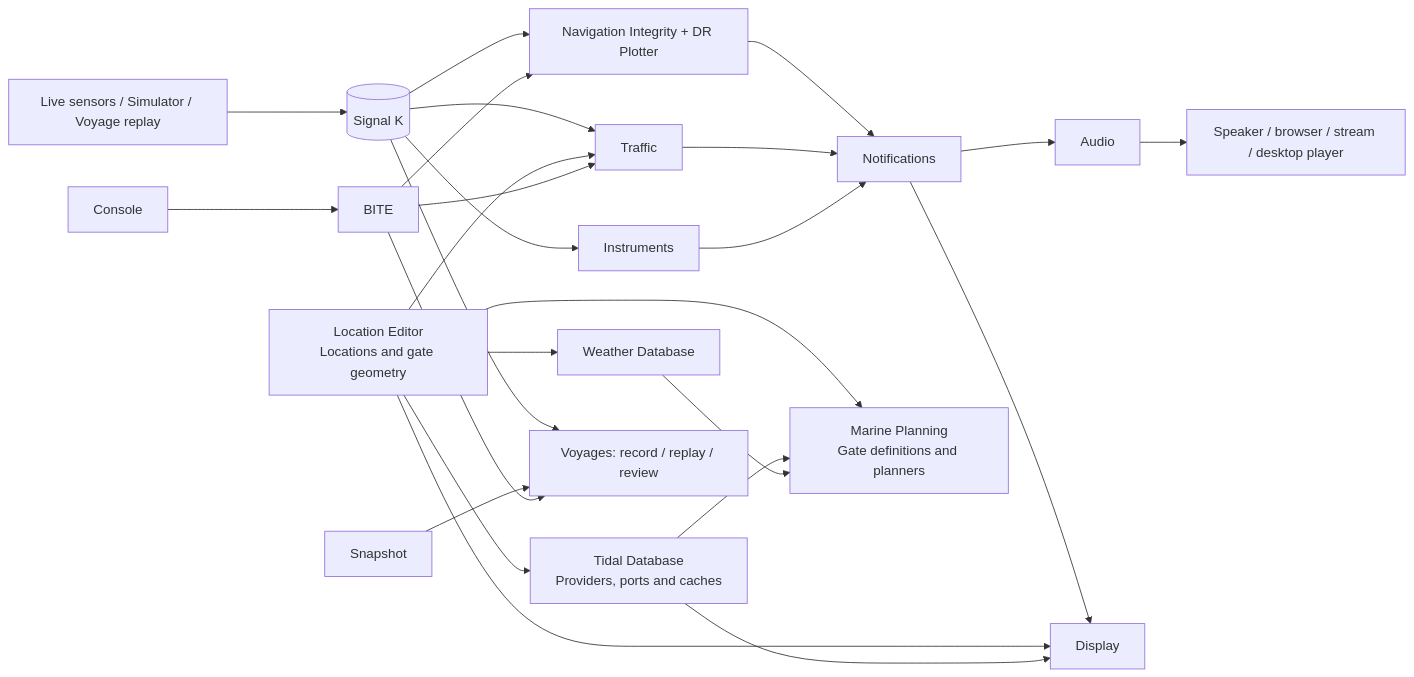
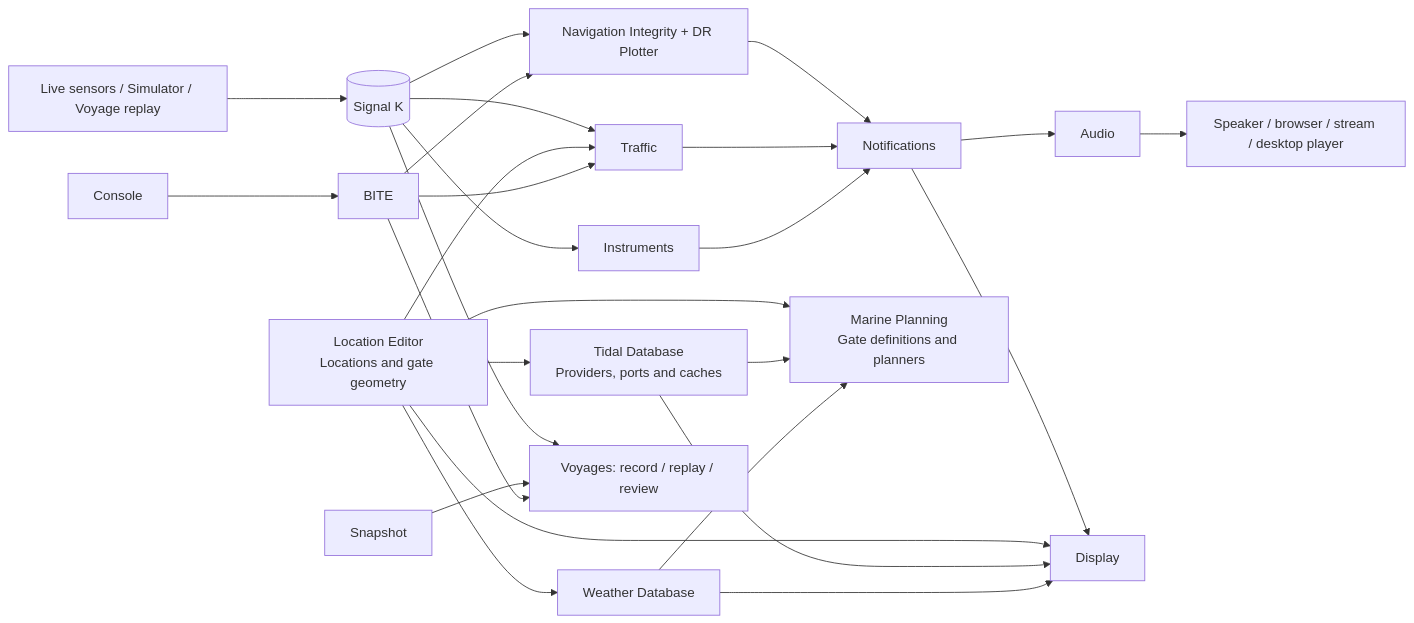
Before and after one commit to ajrm-marine-suite/ajrm-marine-architecture: the diagram in docs/diagrams/target-architecture.mmd, drawn with Mermaid. The commit also changed 4 other files, not shown here.

```diff
--- a/docs/diagrams/target-architecture.mmd
+++ b/docs/diagrams/target-architecture.mmd
@@ -1,27 +1,28 @@
 flowchart LR
   Inputs["Live sensors / Simulator / Voyage replay"] --> SK[(Signal K)]
   SK --> Navigation["Navigation Integrity + DR Plotter"]
   SK --> Traffic
   SK --> Instruments
   Navigation --> Notifications
   Traffic --> Notifications
   Instruments --> Notifications
   Notifications --> Audio
   Notifications --> Display
   Audio --> Outputs["Speaker / browser / stream / desktop player"]
 
   Locations["Location Editor<br/>Locations and gate geometry"] --> Tides["Tidal Database<br/>Providers, ports and caches"]
   Locations --> Weather["Weather Database"]
   Locations --> Traffic
   Locations --> Display
   Locations --> Planning["Marine Planning<br/>Gate definitions and planners"]
   Tides --> Display
   Tides --> Planning
+  Weather --> Display
   Weather --> Planning
 
   SK --> Voyages["Voyages: record / replay / review"]
   Snapshot --> Voyages
   Console --> BITE
   BITE --> Traffic
   BITE --> Navigation
   BITE --> Voyages
```
